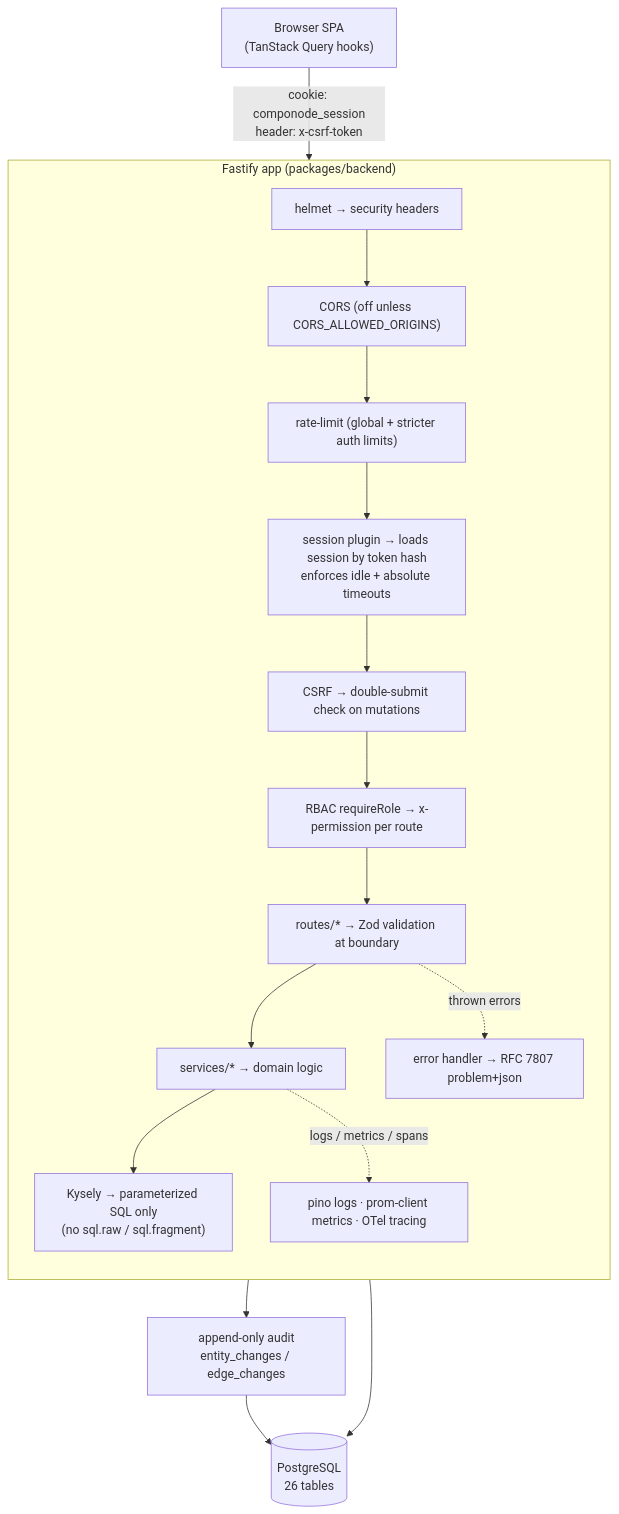
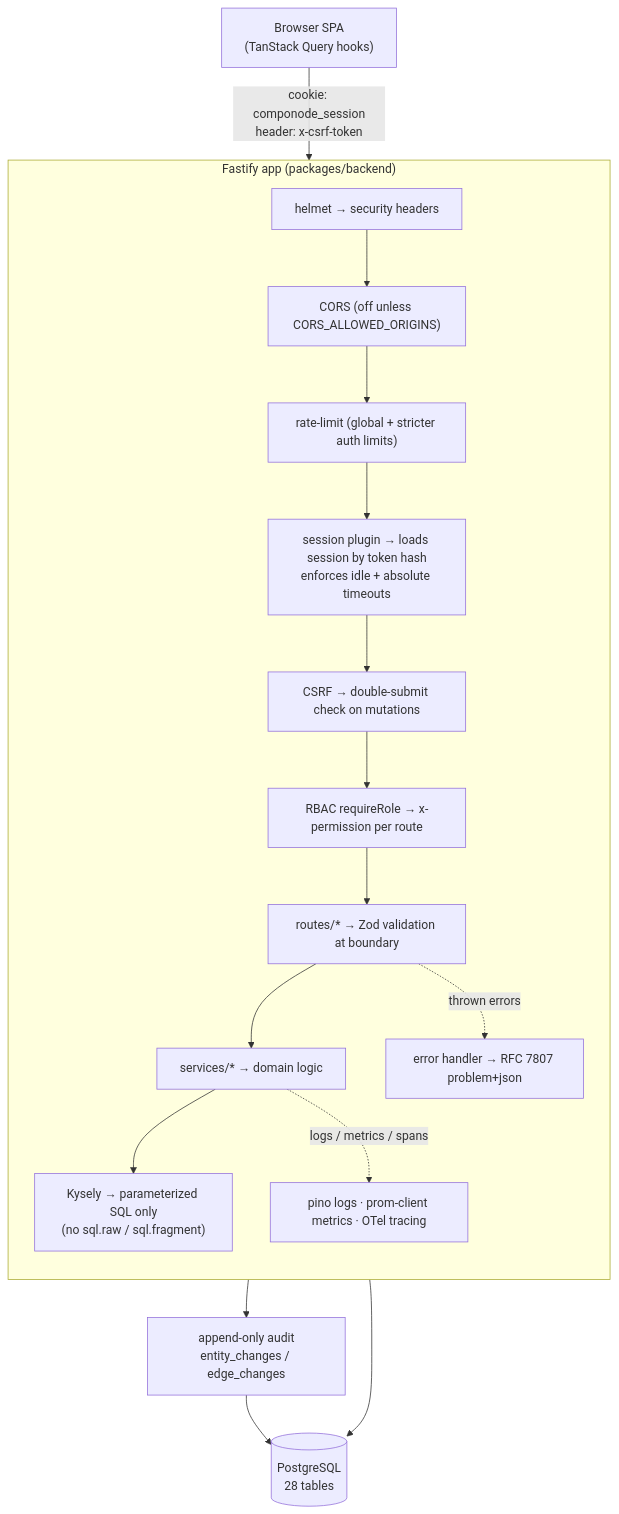
One commit to Componode/componode changed the second of 8 diagrams in docs/architecture.md. Above: the diagram before and after it, drawn with Mermaid. The commit also changed other lines of this file and 2 other files, not shown here.

First line of the commit message:
docs(agents): document import agents across architecture and deployment (028)

````diff
--- a/docs/architecture.md
+++ b/docs/architecture.md
@@ -76,28 +92,28 @@
 ```mermaid
 flowchart TD
     B["Browser SPA<br/>(TanStack Query hooks)"]
     B -->|"cookie: componode_session<br/>header: x-csrf-token"| F
 
     subgraph F["Fastify app (packages/backend)"]
         direction TB
         P1["helmet → security headers"]
         P2["CORS (off unless CORS_ALLOWED_ORIGINS)"]
         P3["rate-limit (global + stricter auth limits)"]
         P4["session plugin → loads session by token hash<br/>enforces idle + absolute timeouts"]
         P5["CSRF → double-submit check on mutations"]
         P6["RBAC requireRole → x-permission per route"]
         R["routes/* → Zod validation at boundary"]
         S["services/* → domain logic"]
         K["Kysely → parameterized SQL only<br/>(no sql.raw / sql.fragment)"]
         EH["error handler → RFC 7807 problem+json"]
         OBS["pino logs · prom-client metrics · OTel tracing"]
 
         P1 --> P2 --> P3 --> P4 --> P5 --> P6 --> R --> S --> K
         R -.->|"thrown errors"| EH
         S -.->|"logs / metrics / spans"| OBS
     end
 
-    K --> PG[("PostgreSQL<br/>26 tables")]
+    K --> PG[("PostgreSQL<br/>28 tables")]
     S --> AUD["append-only audit<br/>entity_changes / edge_changes"]
     AUD --> PG
 ```
````
